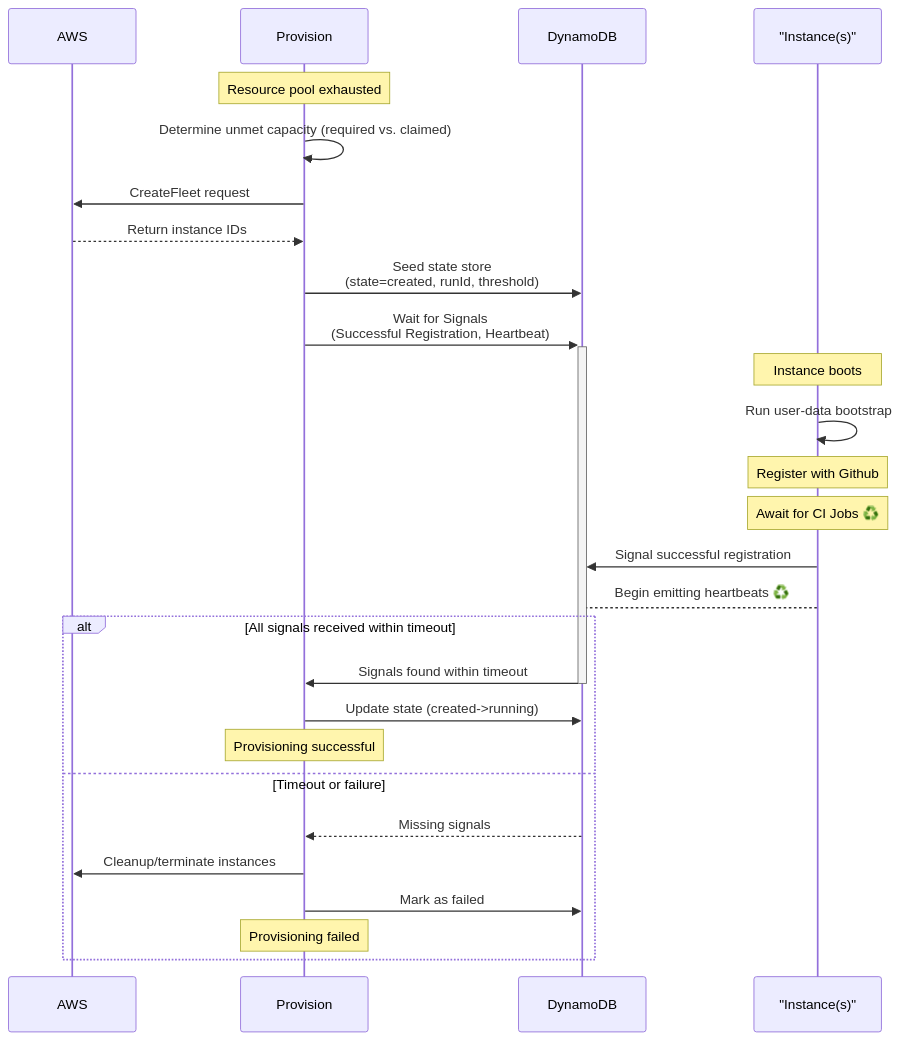
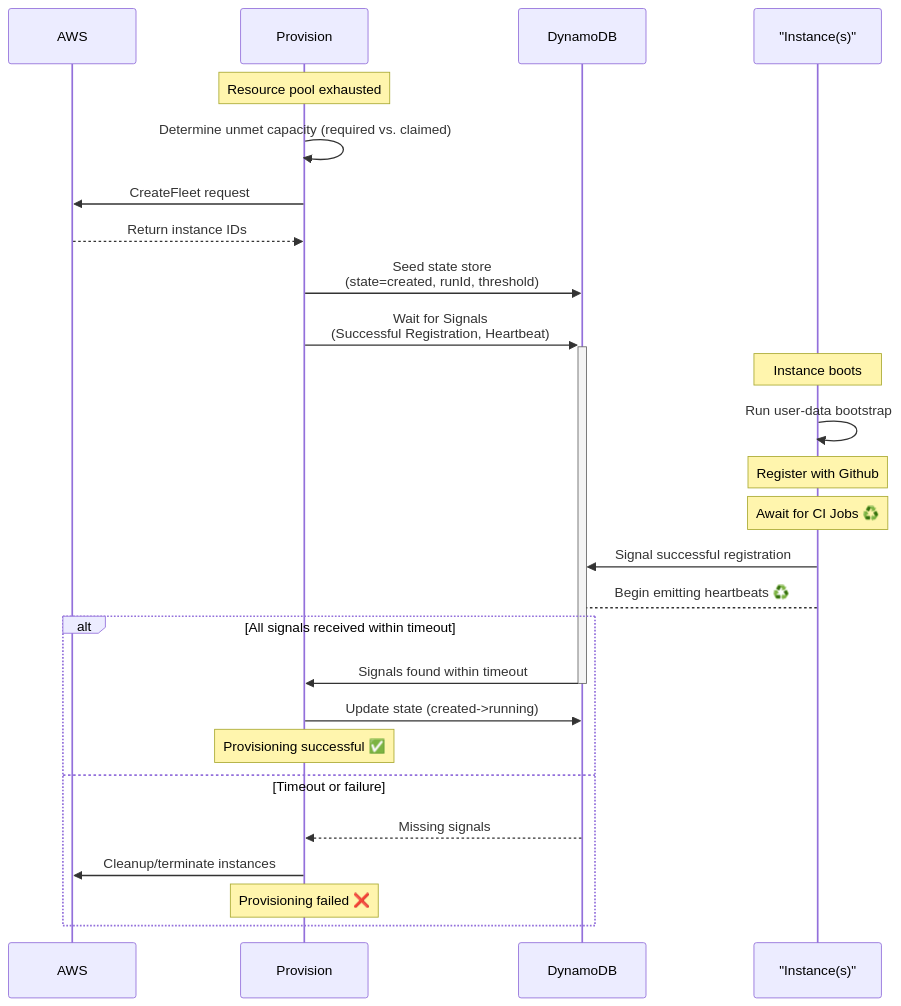
Before and after one commit to fleet-actions/ec2-runner-pool-manager: the second of 2 diagrams in docs/architecture/provision/provision.md, drawn with Mermaid. The commit also changed other lines of this file and 1 other file, not shown here.

Commit message:
docs(provision): enhance documentation with emojis and clarity

````diff
--- a/docs/architecture/provision/provision.md
+++ b/docs/architecture/provision/provision.md
@@ -83,33 +83,32 @@
       ```mermaid
       sequenceDiagram
          participant AWS
          participant Provision
          participant DynamoDB
          participant Instance as "Instance(s)"
 
          Note over Provision: Resource pool exhausted
          Provision->>Provision: Determine unmet capacity (required vs. claimed)
          Provision->>AWS: CreateFleet request
          AWS-->>Provision: Return instance IDs
          Provision->>DynamoDB: Seed state store <br> (state=created, runId, threshold)
          Provision->>+DynamoDB: Wait for Signals <br> (Successful Registration, Heartbeat)
 
          Note over Instance: Instance boots
          Instance->>Instance: Run user-data bootstrap
          Note over Instance: Register with Github
          Note over Instance: Await for CI Jobs ♻️
          Instance->>DynamoDB: Signal successful registration
          Instance-->DynamoDB: Begin emitting heartbeats ♻️ 
          
          
          alt All signals received within timeout
             DynamoDB->>-Provision: Signals found within timeout
             Provision->>DynamoDB: Update state (created->running)
-            Note over Provision: Provisioning successful
+            Note over Provision: Provisioning successful ✅
          else Timeout or failure
             DynamoDB-->>Provision: Missing signals
             Provision->>AWS: Cleanup/terminate instances
-            Provision->>DynamoDB: Mark as failed
-            Note over Provision: Provisioning failed
+            Note over Provision: Provisioning failed ❌
          end
       ```
````
